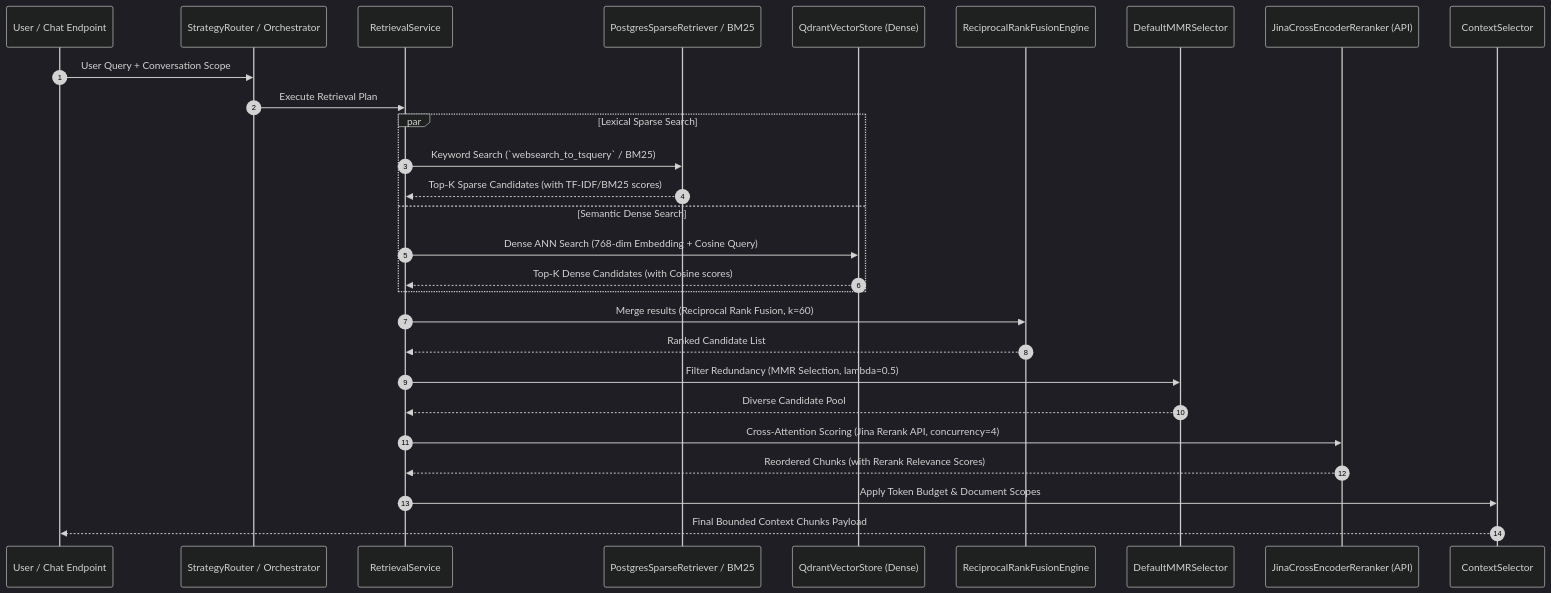
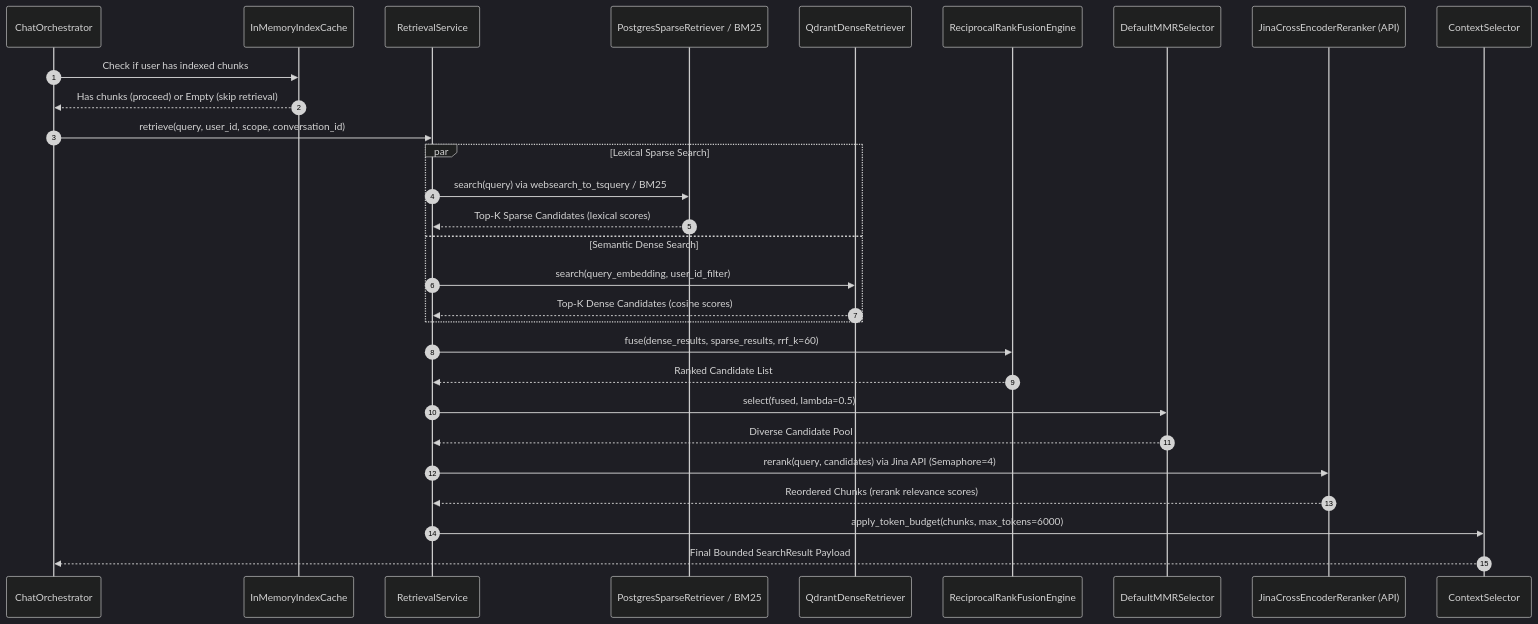
One commit to Satya-Naraharisetty/FusionRAG changed the third of 8 diagrams in ARCHITECTURE.md. Above: the diagram before and after it, drawn with Mermaid (dark theme). The commit also changed other lines of this file and 2 other files, not shown here.

Commit message:
docs: update system architecture and documentation while adding new integration test suite

````diff
--- a/ARCHITECTURE.md
+++ b/ARCHITECTURE.md
@@ -65,31 +65,32 @@
 ```mermaid
 sequenceDiagram
     autonumber
-    participant Client as User / Chat Endpoint
-    participant Router as StrategyRouter / Orchestrator
+    participant Client as ChatOrchestrator
+    participant Cache as InMemoryIndexCache
     participant Retrieval as RetrievalService
     participant FTS as PostgresSparseRetriever / BM25
-    participant Qdrant as QdrantVectorStore (Dense)
+    participant Qdrant as QdrantDenseRetriever
     participant Fusion as ReciprocalRankFusionEngine
     participant MMR as DefaultMMRSelector
     participant Rerank as JinaCrossEncoderReranker (API)
     participant Context as ContextSelector
 
-    Client->>Router: User Query + Conversation Scope
-    Router->>Retrieval: Execute Retrieval Plan
+    Client->>Cache: Check if user has indexed chunks
+    Cache-->>Client: Has chunks (proceed) or Empty (skip retrieval)
+    Client->>Retrieval: retrieve(query, user_id, scope, conversation_id)
     par Lexical Sparse Search
-        Retrieval->>FTS: Keyword Search (`websearch_to_tsquery` / BM25)
-        FTS-->>Retrieval: Top-K Sparse Candidates (with TF-IDF/BM25 scores)
+        Retrieval->>FTS: search(query) via websearch_to_tsquery / BM25
+        FTS-->>Retrieval: Top-K Sparse Candidates (lexical scores)
     and Semantic Dense Search
-        Retrieval->>Qdrant: Dense ANN Search (768-dim Embedding + Cosine Query)
-        Qdrant-->>Retrieval: Top-K Dense Candidates (with Cosine scores)
+        Retrieval->>Qdrant: search(query_embedding, user_id_filter)
+        Qdrant-->>Retrieval: Top-K Dense Candidates (cosine scores)
     end
-    Retrieval->>Fusion: Merge results (Reciprocal Rank Fusion, k=60)
+    Retrieval->>Fusion: fuse(dense_results, sparse_results, rrf_k=60)
     Fusion-->>Retrieval: Ranked Candidate List
-    Retrieval->>MMR: Filter Redundancy (MMR Selection, lambda=0.5)
+    Retrieval->>MMR: select(fused, lambda=0.5)
     MMR-->>Retrieval: Diverse Candidate Pool
-    Retrieval->>Rerank: Cross-Attention Scoring (Jina Rerank API, concurrency=4)
-    Rerank-->>Retrieval: Reordered Chunks (with Rerank Relevance Scores)
-    Retrieval->>Context: Apply Token Budget & Document Scopes
-    Context-->>Client: Final Bounded Context Chunks Payload
+    Retrieval->>Rerank: rerank(query, candidates) via Jina API (Semaphore=4)
+    Rerank-->>Retrieval: Reordered Chunks (rerank relevance scores)
+    Retrieval->>Context: apply_token_budget(chunks, max_tokens=6000)
+    Context-->>Client: Final Bounded SearchResult Payload
 ```
````
